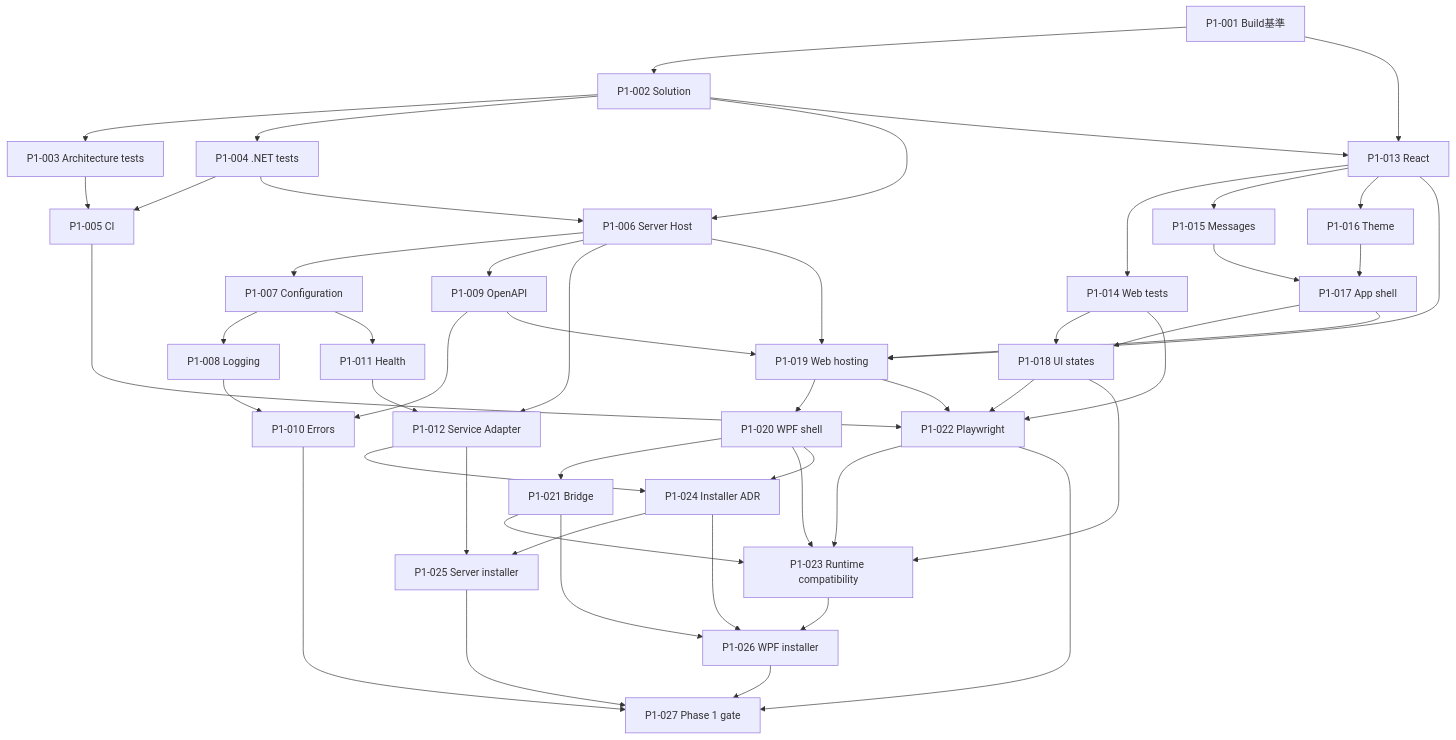
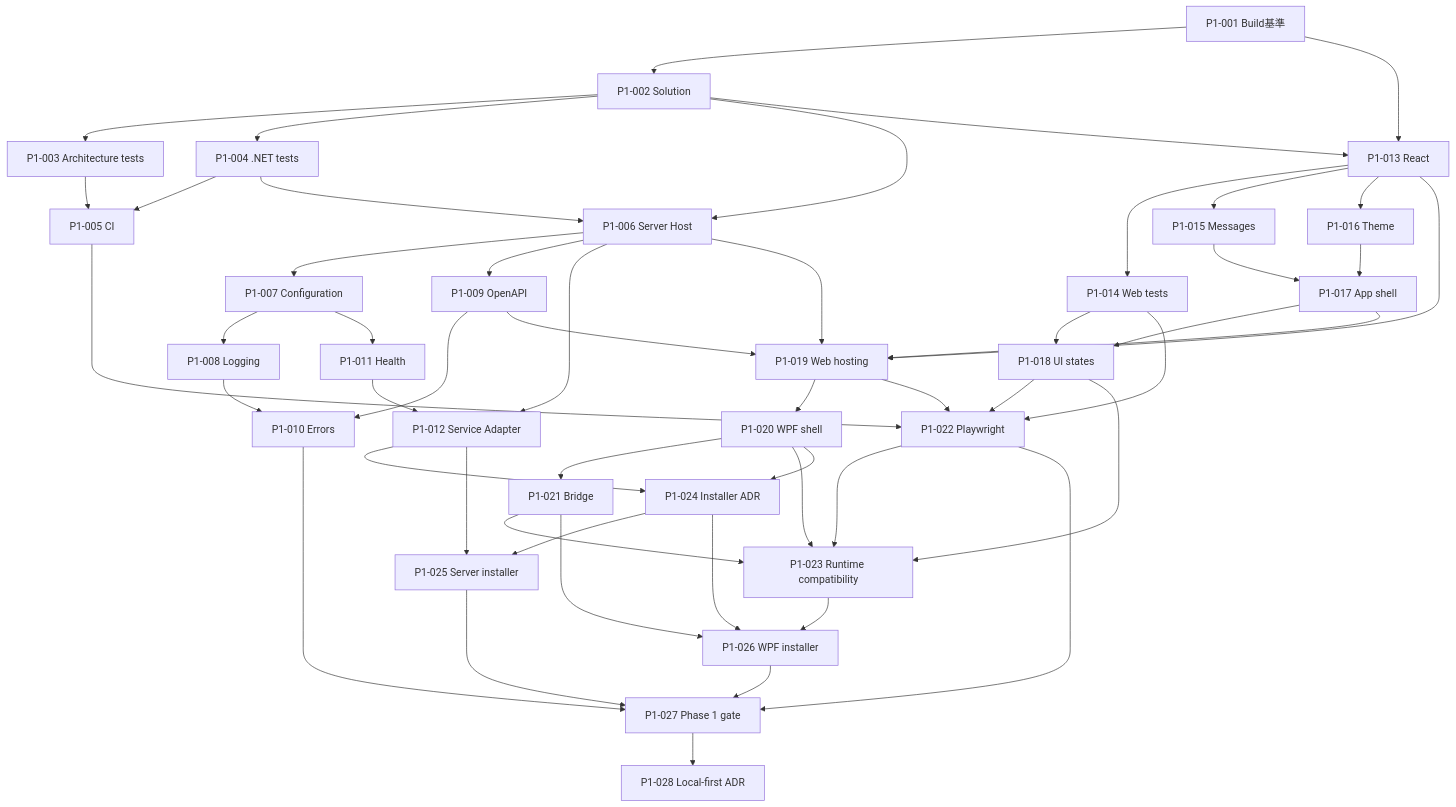
Before and after one commit to qtaro-dev/AI-Development-Manager: the diagram in tickets/phase1/00_PHASE_1_TICKET_INDEX.md, drawn with Mermaid. The commit also changed other lines of this file and 11 other files, not shown here.

Commit message:
P1-028: define local-first execution model

````diff
--- a/tickets/phase1/00_PHASE_1_TICKET_INDEX.md
+++ b/tickets/phase1/00_PHASE_1_TICKET_INDEX.md
@@ -50,52 +51,53 @@
 ```mermaid
 flowchart TD
     A["P1-001 Build基準"] --> B["P1-002 Solution"]
     B --> C["P1-003 Architecture tests"]
     B --> D["P1-004 .NET tests"]
     C --> E["P1-005 CI"]
     D --> E
     B --> F["P1-006 Server Host"]
     D --> F
     F --> G["P1-007 Configuration"]
     F --> H["P1-009 OpenAPI"]
     G --> I["P1-008 Logging"]
     I --> J["P1-010 Errors"]
     H --> J
     G --> K["P1-011 Health"]
     F --> L["P1-012 Service Adapter"]
     K --> L
     A --> M["P1-013 React"]
     B --> M
     M --> N["P1-014 Web tests"]
     M --> O["P1-015 Messages"]
     M --> P["P1-016 Theme"]
     O --> Q["P1-017 App shell"]
     P --> Q
     N --> R["P1-018 UI states"]
     Q --> R
     F --> S["P1-019 Web hosting"]
     H --> S
     M --> S
     Q --> S
     S --> T["P1-020 WPF shell"]
     T --> U["P1-021 Bridge"]
     E --> V["P1-022 Playwright"]
     N --> V
     R --> V
     S --> V
     R --> W["P1-023 Runtime compatibility"]
     T --> W
     U --> W
     V --> W
     L --> X["P1-024 Installer ADR"]
     T --> X
     X --> Y["P1-025 Server installer"]
     L --> Y
     X --> Z["P1-026 WPF installer"]
     U --> Z
     W --> Z
     Y --> AA["P1-027 Phase 1 gate"]
     Z --> AA
     J --> AA
     V --> AA
+    AA --> AB["P1-028 Local-first ADR"]
 ```
````
